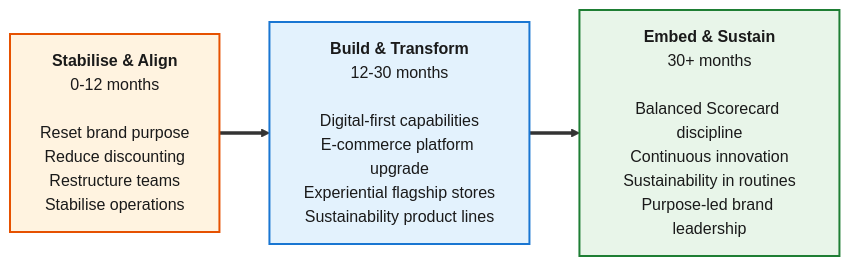
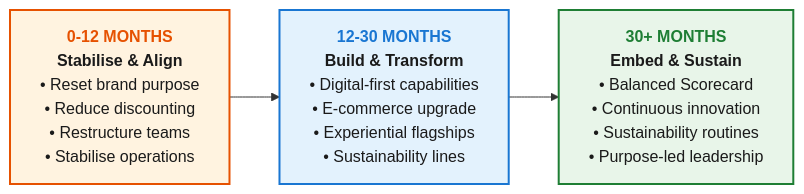
The second of 2 diagrams in academic-projects/superdry.qmd (alekslupa/alekslupa.github.io), drawn with Mermaid before and after one commit. The commit also changed other lines of this file and 1 other file, not shown here.

Commit message:
Fix Strategy Diamond and Roadmap Mermaid diagrams to match reference screenshots

````diff
--- a/academic-projects/superdry.qmd
+++ b/academic-projects/superdry.qmd
@@ -436,14 +443,15 @@
 ```{mermaid}
 %%| label: fig-roadmap
 %%| fig-cap: "Three-phase renewal roadmap. Short-term stabilisation creates the credibility and operational room for medium-term capability investment; long-term embedding of sustainability, digital and purpose transforms the strategy from retrenchment into sustainable differentiation."
+%%{init: {'securityLevel': 'loose'}}%%
 flowchart LR
-    A[<b>Stabilise & Align</b><br/>0-12 months<br/><br/>Reset brand purpose<br/>Reduce discounting<br/>Restructure teams<br/>Stabilise operations]
-    B[<b>Build & Transform</b><br/>12-30 months<br/><br/>Digital-first capabilities<br/>E-commerce platform upgrade<br/>Experiential flagship stores<br/>Sustainability product lines]
-    C[<b>Embed & Sustain</b><br/>30+ months<br/><br/>Balanced Scorecard discipline<br/>Continuous innovation<br/>Sustainability in routines<br/>Purpose-led brand leadership]
+    A["<b><span style='color:#e65100'>0-12 MONTHS</span></b><br/><b>Stabilise &amp; Align</b><br/>• Reset brand purpose<br/>• Reduce discounting<br/>• Restructure teams<br/>• Stabilise operations"]
+    B["<b><span style='color:#1976d2'>12-30 MONTHS</span></b><br/><b>Build &amp; Transform</b><br/>• Digital-first capabilities<br/>• E-commerce upgrade<br/>• Experiential flagships<br/>• Sustainability lines"]
+    C["<b><span style='color:#1e7e34'>30+ MONTHS</span></b><br/><b>Embed &amp; Sustain</b><br/>• Balanced Scorecard<br/>• Continuous innovation<br/>• Sustainability routines<br/>• Purpose-led leadership"]
 
-    A ==> B ==> C
+    A --> B --> C
 
     style A fill:#fff3e0,stroke:#e65100,color:#1a1a1a,stroke-width:2px
     style B fill:#e3f2fd,stroke:#1976d2,color:#1a1a1a,stroke-width:2px
     style C fill:#e8f5e9,stroke:#1e7e34,color:#1a1a1a,stroke-width:2px
 ```
````
